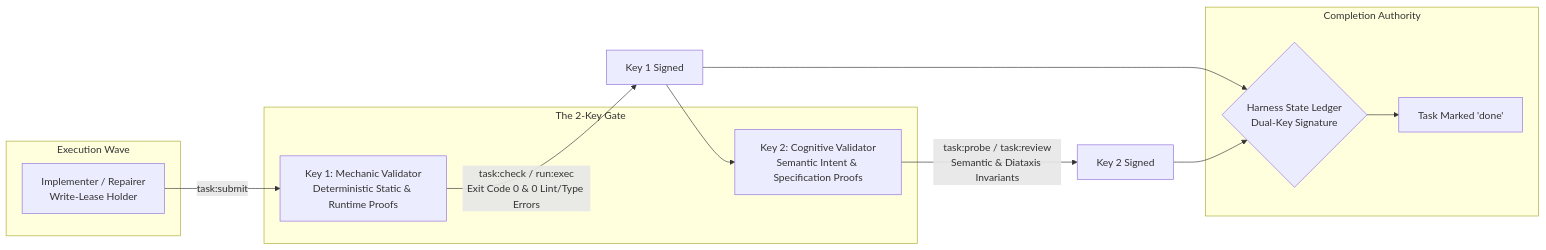
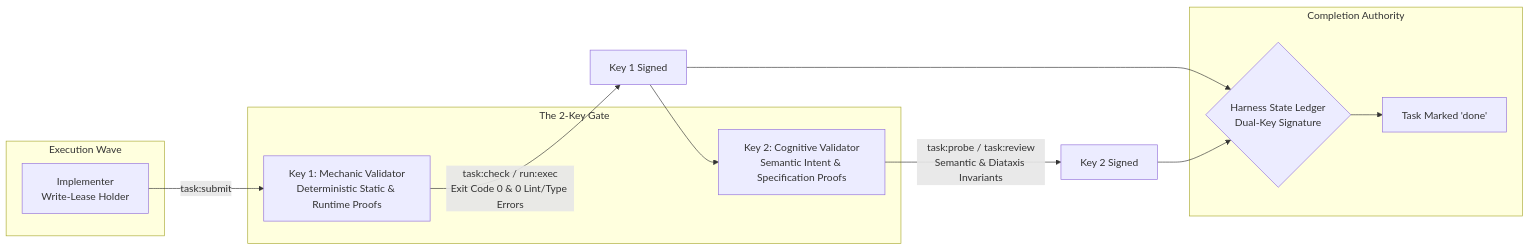
The first of 3 diagrams in docs/book/08-verification-and-socratic-gating.md (onurseckin/skills), drawn with Mermaid before and after one commit. The commit also changed other lines of this file and 1002 other files, not shown here.

````diff
--- a/docs/book/08-verification-and-socratic-gating.md
+++ b/docs/book/08-verification-and-socratic-gating.md
@@ -22,23 +22,23 @@
 ```mermaid
 graph LR
     subgraph Execution Wave
-        I[Implementer / Repairer<br/>Write-Lease Holder]
+        I[Implementer<br/>Write-Lease Holder]
     end
 
     subgraph The 2-Key Gate
         MV[Key 1: Mechanic Validator<br/>Deterministic Static & Runtime Proofs]
         CV[Key 2: Cognitive Validator<br/>Semantic Intent & Specification Proofs]
     end
 
     subgraph Completion Authority
         Harness{Harness State Ledger<br/>Dual-Key Signature}
         Done[Task Marked 'done']
     end
 
     I -->|task:submit| MV
     MV -->|task:check / run:exec<br/>Exit Code 0 & 0 Lint/Type Errors| MV_OK[Key 1 Signed]
     MV_OK --> CV
     CV -->|task:probe / task:review<br/>Semantic & Diataxis Invariants| CV_OK[Key 2 Signed]
     MV_OK & CV_OK --> Harness
     Harness --> Done
 ```
````
